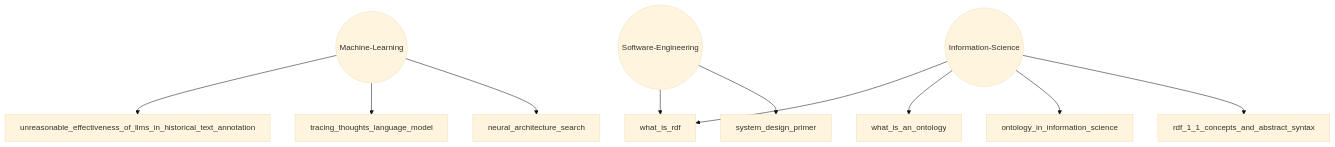
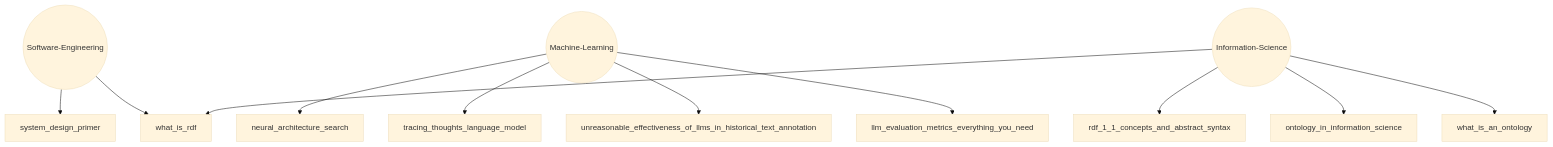
Before and after one commit to zparvez2z/TLDR: the diagram in README.md, drawn with Mermaid (base theme). The commit also changed other lines of this file and 2 other files, not shown here.

````diff
--- a/README.md
+++ b/README.md
@@ -7,15 +7,16 @@
 ```mermaid
 graph TD
     Software-Engineering(( Software-Engineering ))
     Software-Engineering --> system_design_primer
     Software-Engineering --> what_is_rdf
     Machine-Learning(( Machine-Learning ))
     Machine-Learning --> neural_architecture_search
     Machine-Learning --> tracing_thoughts_language_model
     Machine-Learning --> unreasonable_effectiveness_of_llms_in_historical_text_annotation
+    Machine-Learning --> llm_evaluation_metrics_everything_you_need
     Information-Science(( Information-Science ))
     Information-Science --> rdf_1_1_concepts_and_abstract_syntax
     Information-Science --> ontology_in_information_science
     Information-Science --> what_is_an_ontology
     Information-Science --> what_is_rdf
 ```
````
